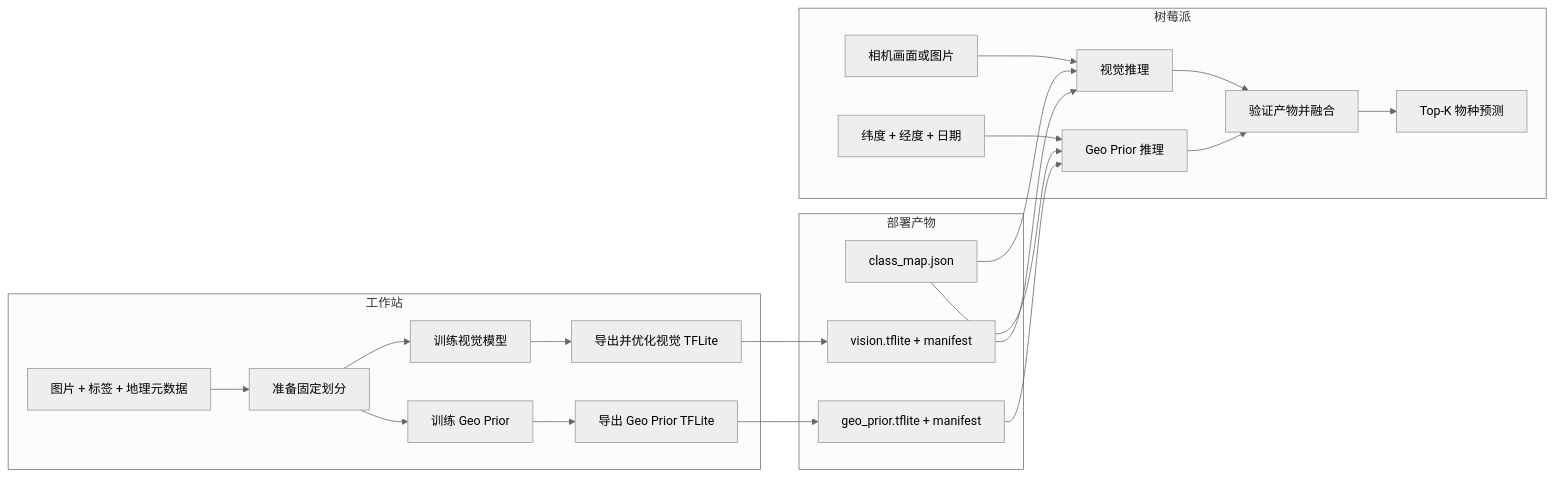
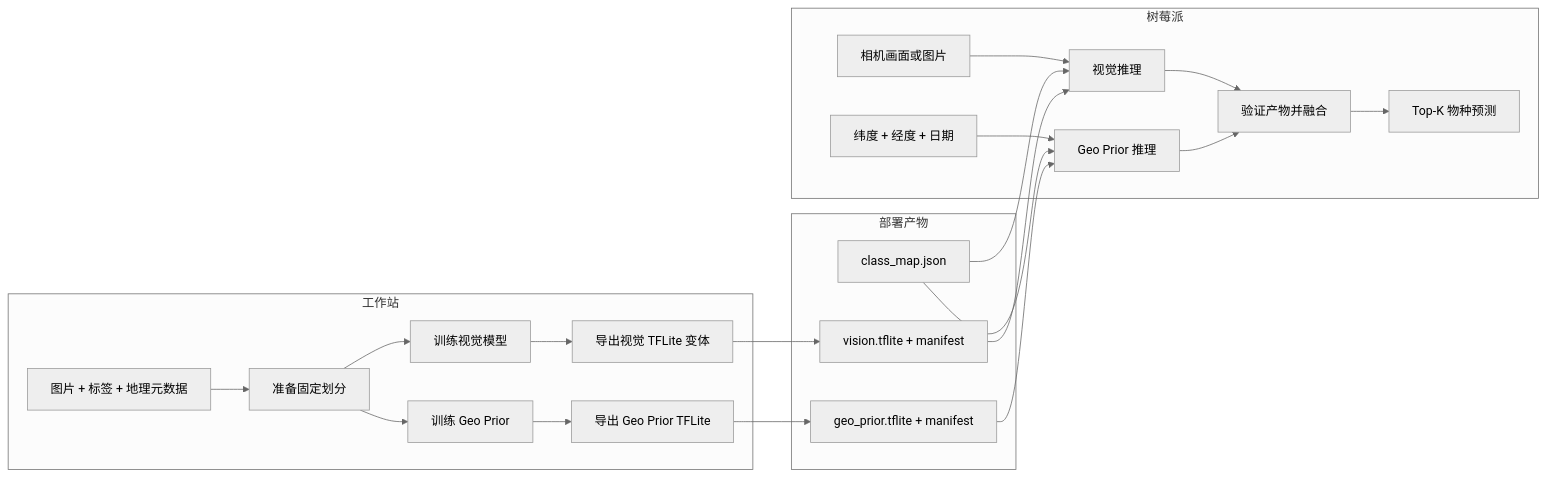
Before and after one commit to winson5566/biodiversity-edge-ai: the diagram in README.zh-CN.md, drawn with Mermaid (neutral theme). The commit also changed other lines of this file and 8 other files, not shown here.

````diff
--- a/README.zh-CN.md
+++ b/README.zh-CN.md
@@ -93,31 +92,31 @@
 ```mermaid
 flowchart LR
   subgraph WS[工作站]
     RAW[图片 + 标签 + 地理元数据] --> PREP[准备固定划分]
     PREP --> VTRAIN[训练视觉模型]
     PREP --> GTRAIN[训练 Geo Prior]
-    VTRAIN --> VEXPORT[导出并优化视觉 TFLite]
+    VTRAIN --> VEXPORT[导出视觉 TFLite 变体]
     GTRAIN --> GEXPORT[导出 Geo Prior TFLite]
   end
 
   subgraph ART[部署产物]
     MAP[class_map.json]
     VM[vision.tflite + manifest]
     GM[geo_prior.tflite + manifest]
   end
 
   subgraph PI[树莓派]
     IMAGE[相机画面或图片] --> VINF[视觉推理]
     META[纬度 + 经度 + 日期] --> GINF[Geo Prior 推理]
     VINF --> FUSE[验证产物并融合]
     GINF --> FUSE
     FUSE --> OUT[Top-K 物种预测]
   end
 
   VEXPORT --> VM
   GEXPORT --> GM
   MAP --> VINF
   MAP --> GINF
   VM --> VINF
   GM --> GINF
 ```
````
